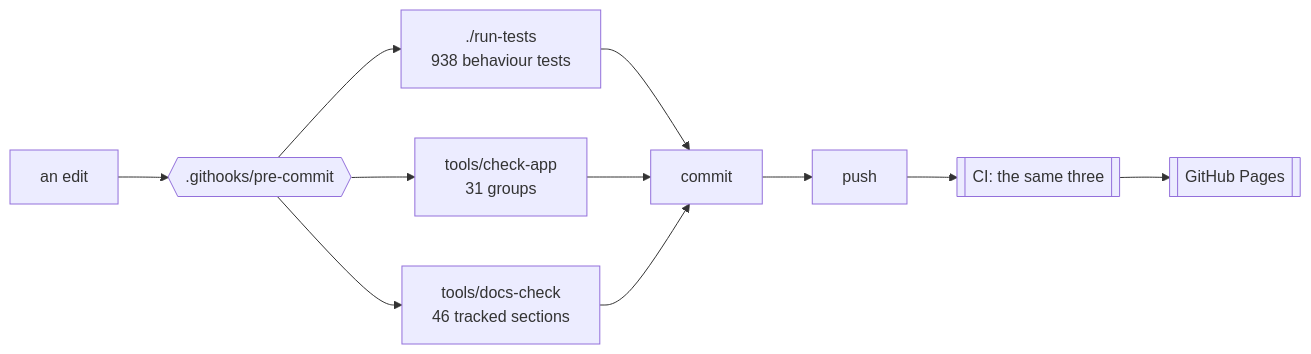
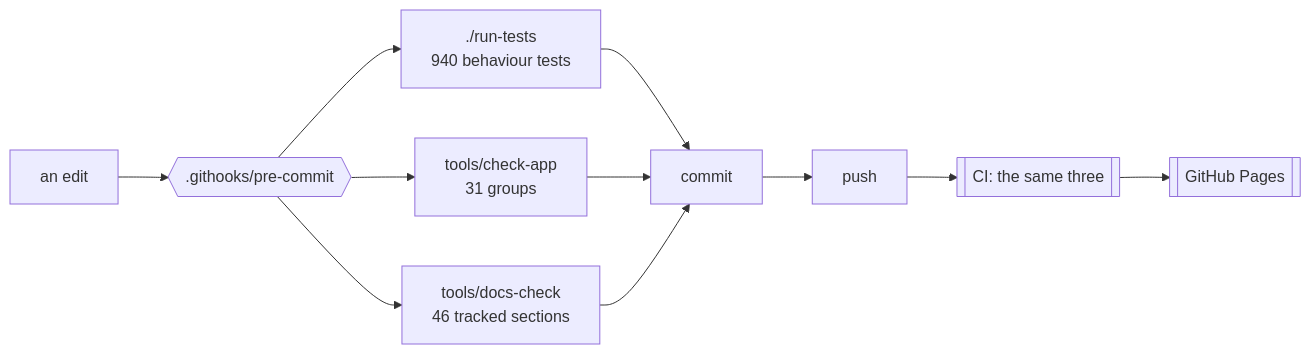
The first of 3 diagrams in docs/DEVELOPING.md (minormending/crystal-pilot-mobile), drawn with Mermaid before and after one commit. The commit also changed other lines of this file and 9 other files, not shown here.

````diff
--- a/docs/DEVELOPING.md
+++ b/docs/DEVELOPING.md
@@ -15,12 +15,12 @@
 ```mermaid
 flowchart LR
     E[an edit] --> H{{".githooks/pre-commit"}}
-    H --> T["./run-tests<br/>938 behaviour tests"]
+    H --> T["./run-tests<br/>940 behaviour tests"]
     H --> C["tools/check-app<br/>31 groups"]
     H --> D["tools/docs-check<br/>46 tracked sections"]
     T --> OK[commit]
     C --> OK
     D --> OK
     OK --> P[push] --> CI[["CI: the same three"]]
     CI --> PG[[GitHub Pages]]
 ```
````
